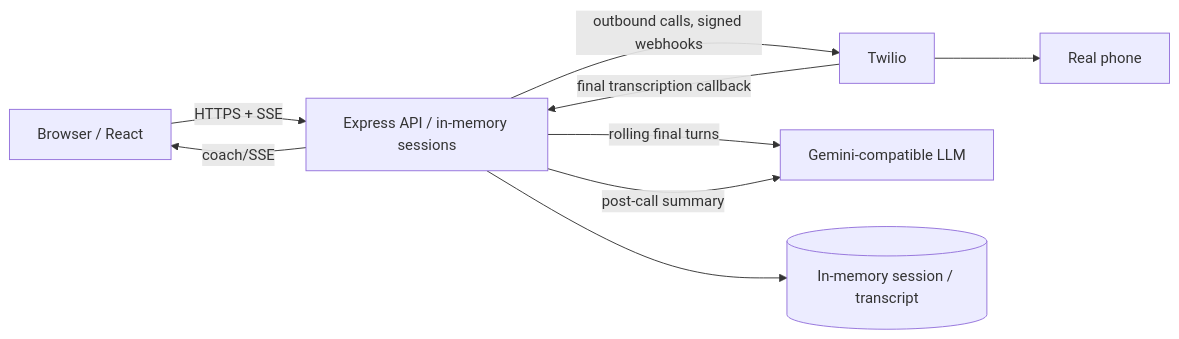
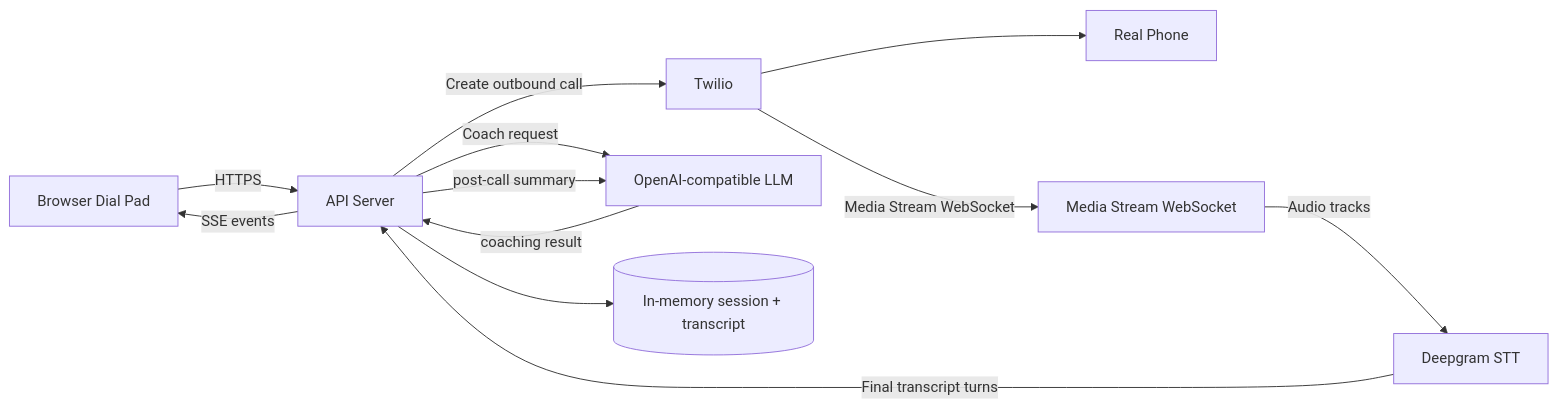
The first of 2 diagrams in docs/system-design.md (vandana123maddi/AI-Sales-Coach), drawn with Mermaid before and after one commit. The commit also changed other lines of this file and 3 other files, not shown here.

````diff
--- a/docs/system-design.md
+++ b/docs/system-design.md
@@ -5,11 +23,14 @@
 ```mermaid
 flowchart LR
-  B[Browser / React] -->|HTTPS + SSE| A[Express API / in-memory sessions]
-  A -->|outbound calls, signed webhooks| T[Twilio]
-  T --> P[Real phone]
-  T -->|final transcription callback| A
-  A -->|rolling final turns| L[Gemini-compatible LLM]
-  A -->|coach/SSE| B
-  A -->|post-call summary| L
-  A --> S[(In-memory session / transcript)]
+  Browser[Browser Dial Pad] -->|HTTPS| API[API Server]
+  API -->|Create outbound call| Twilio[Twilio]
+  Twilio --> Phone[Real Phone]
+  Twilio -->|Media Stream WebSocket| WSS[Media Stream WebSocket]
+  WSS -->|Audio tracks| Deepgram[Deepgram STT]
+  Deepgram -->|Final transcript turns| API
+  API -->|SSE events| Browser
+  API -->|Coach request| LLM[OpenAI-compatible LLM]
+  LLM -->|coaching result| API
+  API -->|post-call summary| LLM
+  API --> Session[(In-memory session + transcript)]
 ```
````
